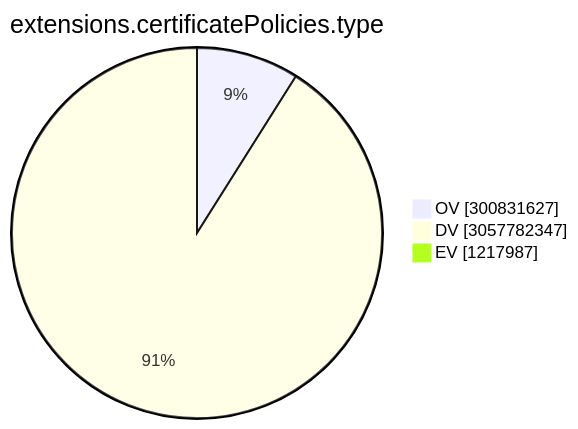
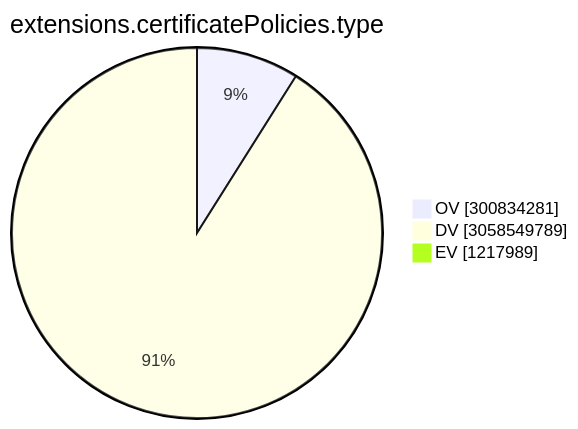
Before and after one commit to christiankrug/ctmonitor_visualization: the ninth of 15 diagrams in TOTAL/README.md, drawn with Mermaid. The commit also changed other lines of this file, not shown here.

````diff
--- a/TOTAL/README.md
+++ b/TOTAL/README.md
@@ -3102,7 +3102,7 @@
 ```mermaid
 pie showData
 title extensions.certificatePolicies.type
-"OV" :300831627
-"DV" :3057782347
-"EV" :1217987
+"OV" :300834281
+"DV" :3058549789
+"EV" :1217989
 ```
````
